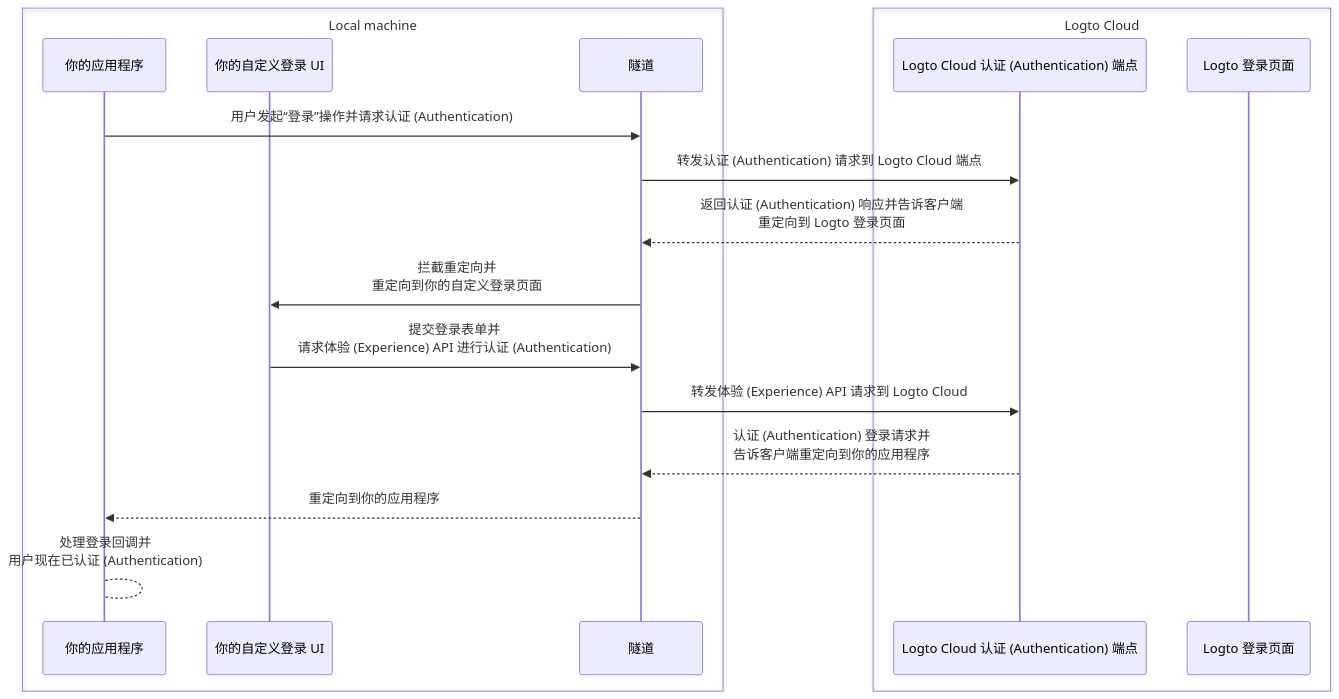
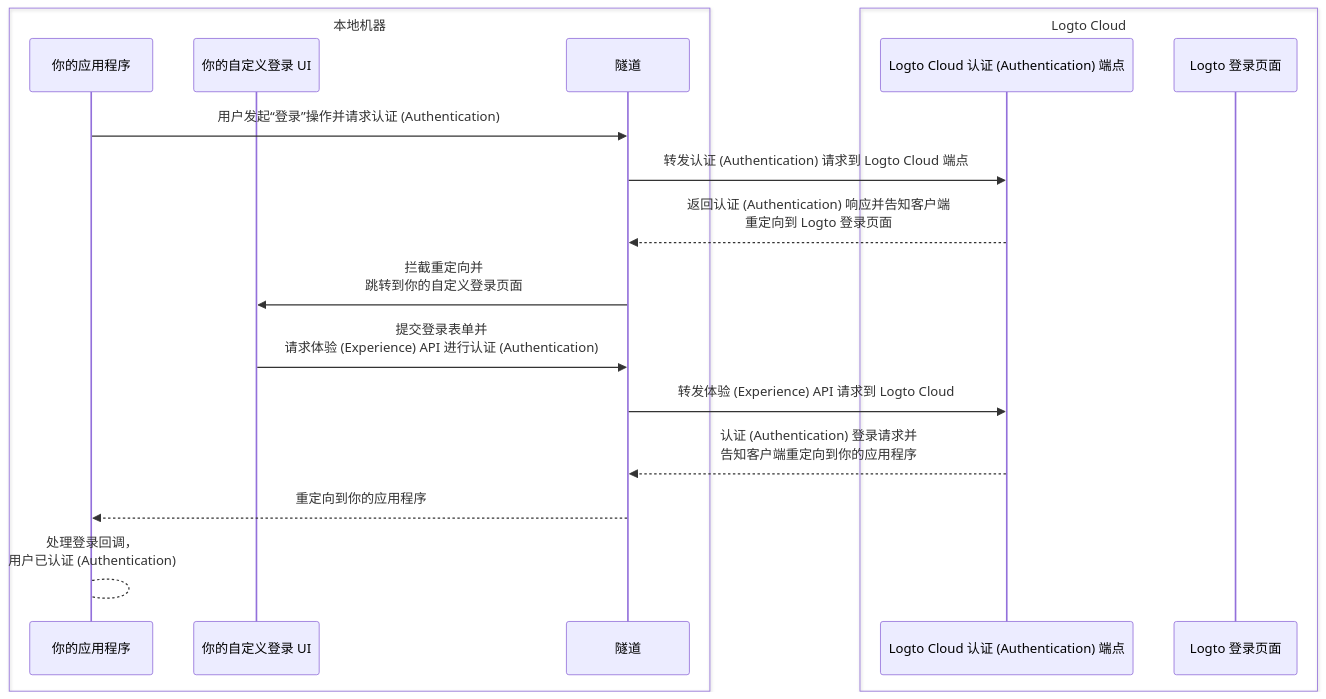
One commit to logto-io/docs changed the second of 2 diagrams in i18n/zh-CN/docusaurus-plugin-content-docs/current/customization/bring-your-ui/debug-and-test-your-custom-ui-locally.mdx. Above: the diagram before and after it, drawn with Mermaid. The commit also changed other lines of this file and 666 other files, not shown here.

````diff
--- a/i18n/zh-CN/docusaurus-plugin-content-docs/current/customization/bring-your-ui/debug-and-test-your-custom-ui-locally.mdx
+++ b/i18n/zh-CN/docusaurus-plugin-content-docs/current/customization/bring-your-ui/debug-and-test-your-custom-ui-locally.mdx
@@ -42,21 +45,21 @@
 ```mermaid
 sequenceDiagram
-    box Local machine
+    box 本地机器
     participant A as 你的应用程序
     participant B as 你的自定义登录 UI
     participant C as 隧道
     end
     box Logto Cloud
     participant D as Logto Cloud 认证 (Authentication) 端点
     participant E as Logto 登录页面
     end
     A ->> C: 用户发起“登录”操作并请求认证 (Authentication)
     C ->> D: 转发认证 (Authentication) 请求到 Logto Cloud 端点
-    D -->> C: 返回认证 (Authentication) 响应并告诉客户端<br/>重定向到 Logto 登录页面
-    C ->> B: 拦截重定向并<br/>重定向到你的自定义登录页面
+    D -->> C: 返回认证 (Authentication) 响应并告知客户端<br/>重定向到 Logto 登录页面
+    C ->> B: 拦截重定向并<br/>跳转到你的自定义登录页面
     B ->> C: 提交登录表单并<br/>请求体验 (Experience) API 进行认证 (Authentication)
     C ->> D: 转发体验 (Experience) API 请求到 Logto Cloud
-    D -->> C: 认证 (Authentication) 登录请求并<br/>告诉客户端重定向到你的应用程序
+    D -->> C: 认证 (Authentication) 登录请求并<br/>告知客户端重定向到你的应用程序
     C -->> A: 重定向到你的应用程序
-    A --> A: 处理登录回调并<br/>用户现在已认证 (Authentication)
+    A --> A: 处理登录回调，<br/>用户已认证 (Authentication)
 ```
````
